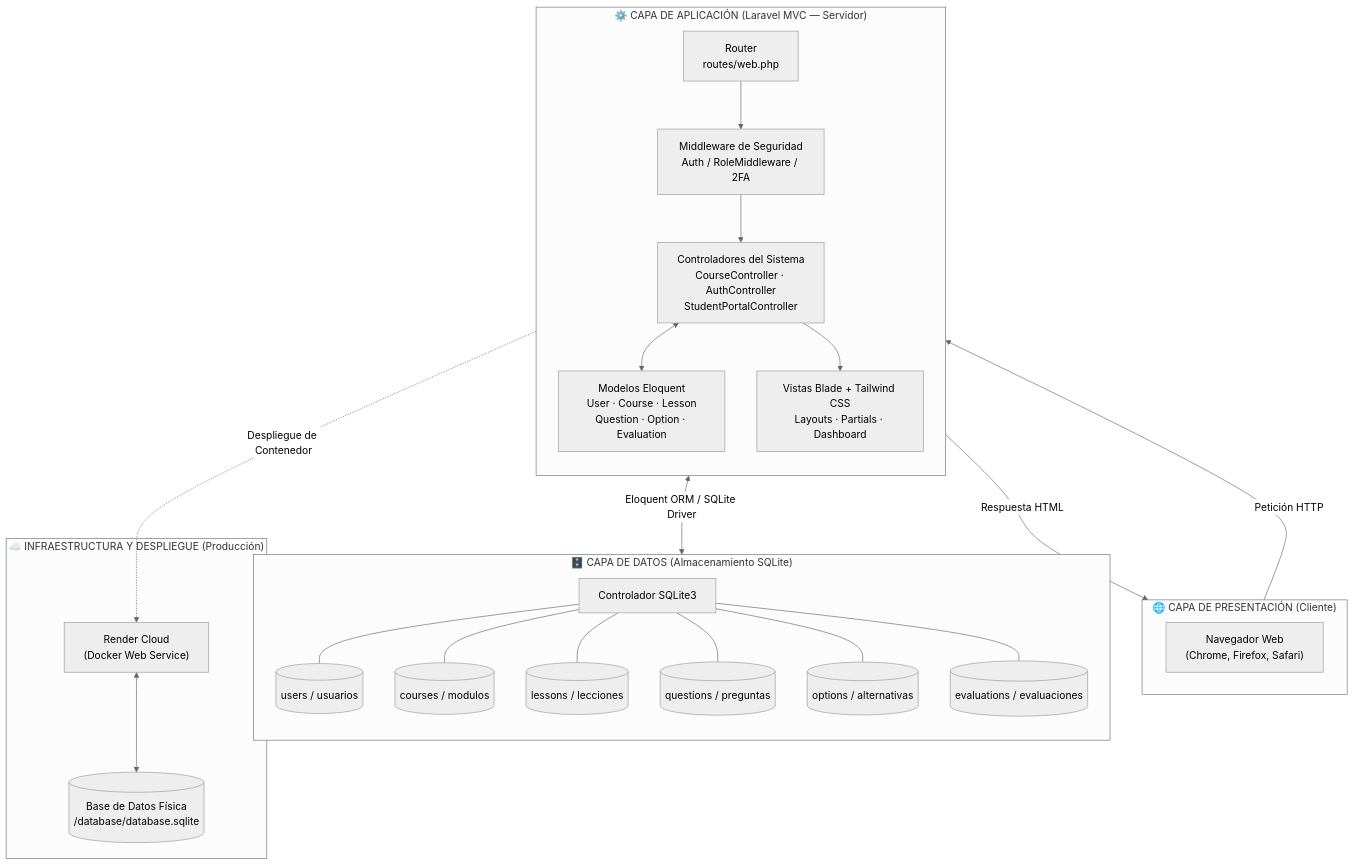
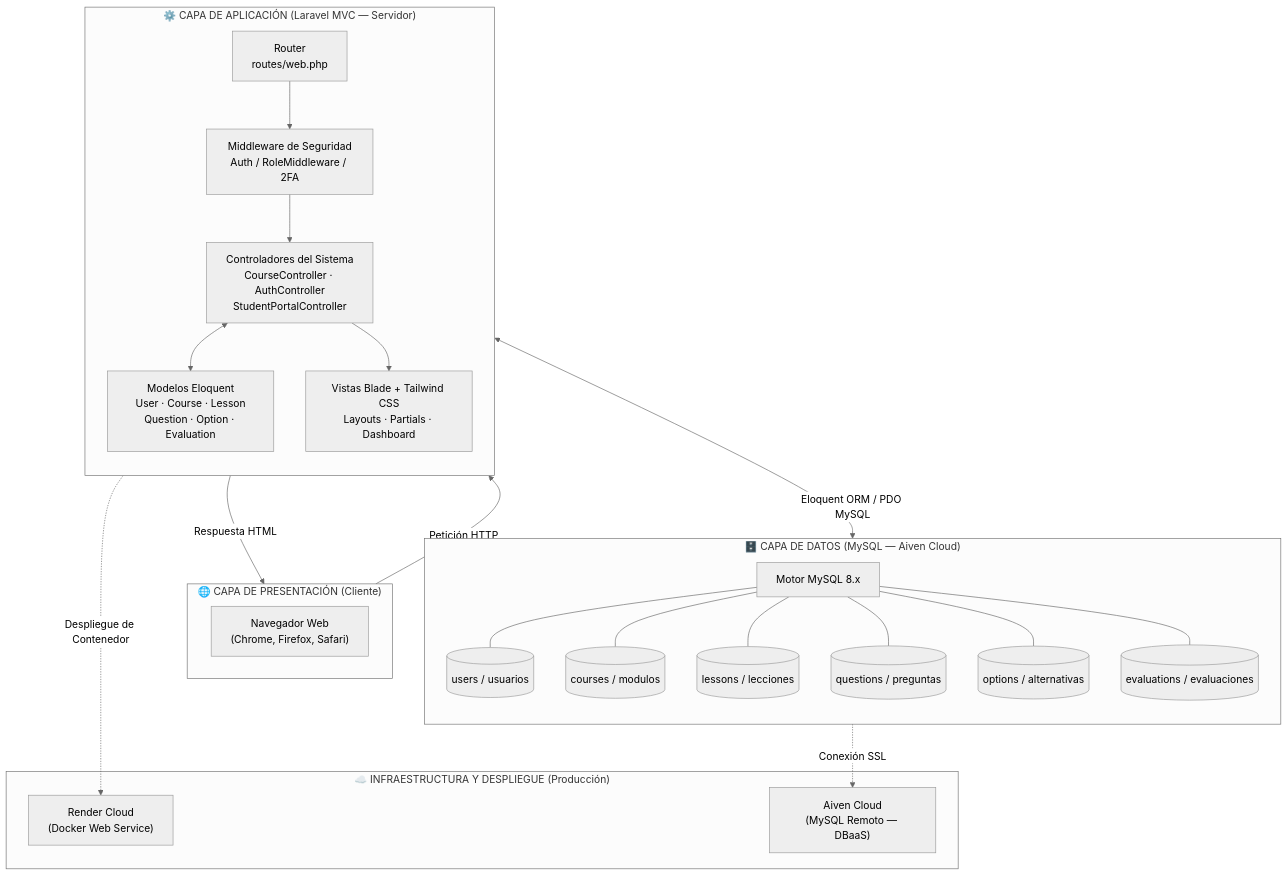
One commit to Jose-Sierra082005/sistema-militar-unefa changed the first of 7 diagrams in README.md. Above: the diagram before and after it, drawn with Mermaid (neutral theme). The commit also changed other lines of this file, not shown here.

Commit message:
docs: corregir base de datos a MySQL (Aiven Cloud) en el README

````diff
--- a/README.md
+++ b/README.md
@@ -49,43 +49,43 @@
 ```mermaid
 graph TB
     subgraph CLIENT["🌐 CAPA DE PRESENTACIÓN (Cliente)"]
         direction LR
         BROWSER["Navegador Web<br/>(Chrome, Firefox, Safari)"]
     end
 
     subgraph LARAVEL["⚙️ CAPA DE APLICACIÓN (Laravel MVC — Servidor)"]
         direction TB
         ROUTER["Router<br/>routes/web.php"]
         MIDDLEWARE["Middleware de Seguridad<br/>Auth / RoleMiddleware / 2FA"]
         CONTROLLER["Controladores del Sistema<br/>CourseController · AuthController<br/>StudentPortalController"]
         MODEL["Modelos Eloquent<br/>User · Course · Lesson<br/>Question · Option · Evaluation"]
         VIEW["Vistas Blade + Tailwind CSS<br/>Layouts · Partials · Dashboard"]
     end
 
-    subgraph DATA["🗄️ CAPA DE DATOS (Almacenamiento SQLite)"]
+    subgraph DATA["🗄️ CAPA DE DATOS (MySQL — Aiven Cloud)"]
         direction TB
-        DB["Controlador SQLite3"]
+        DB["Motor MySQL 8.x"]
         T1[("users / usuarios")]
         T2[("courses / modulos")]
         T3[("lessons / lecciones")]
         T4[("questions / preguntas")]
         T5[("options / alternativas")]
         T6[("evaluations / evaluaciones")]
     end
 
     subgraph DEPLOY["☁️ INFRAESTRUCTURA Y DESPLIEGUE (Producción)"]
         RENDER["Render Cloud<br/>(Docker Web Service)"]
-        SQLITE_FILE[("Base de Datos Física<br/>/database/database.sqlite")]
+        AIVEN["Aiven Cloud<br/>(MySQL Remoto — DBaaS)"]
     end
 
     BROWSER -->|"Petición HTTP"| ROUTER
     ROUTER --> MIDDLEWARE
     MIDDLEWARE --> CONTROLLER
     CONTROLLER <--> MODEL
     CONTROLLER --> VIEW
     VIEW -->|"Respuesta HTML"| BROWSER
-    MODEL <-->|"Eloquent ORM / SQLite Driver"| DB
+    MODEL <-->|"Eloquent ORM / PDO MySQL"| DB
     DB --- T1 & T2 & T3 & T4 & T5 & T6
     LARAVEL -.->|"Despliegue de Contenedor"| RENDER
-    RENDER <--> SQLITE_FILE
+    DATA -.->|"Conexión SSL"| AIVEN
 ```
````
